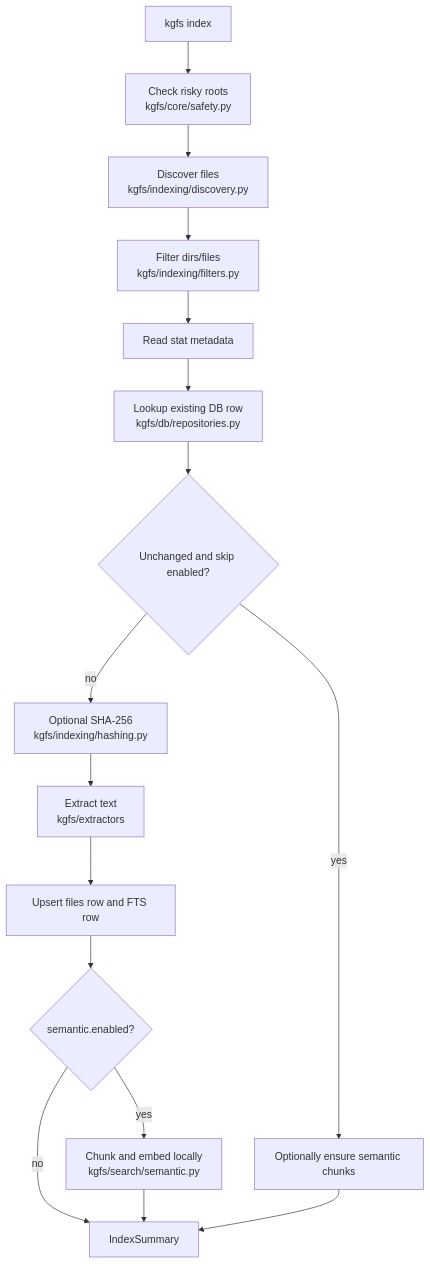
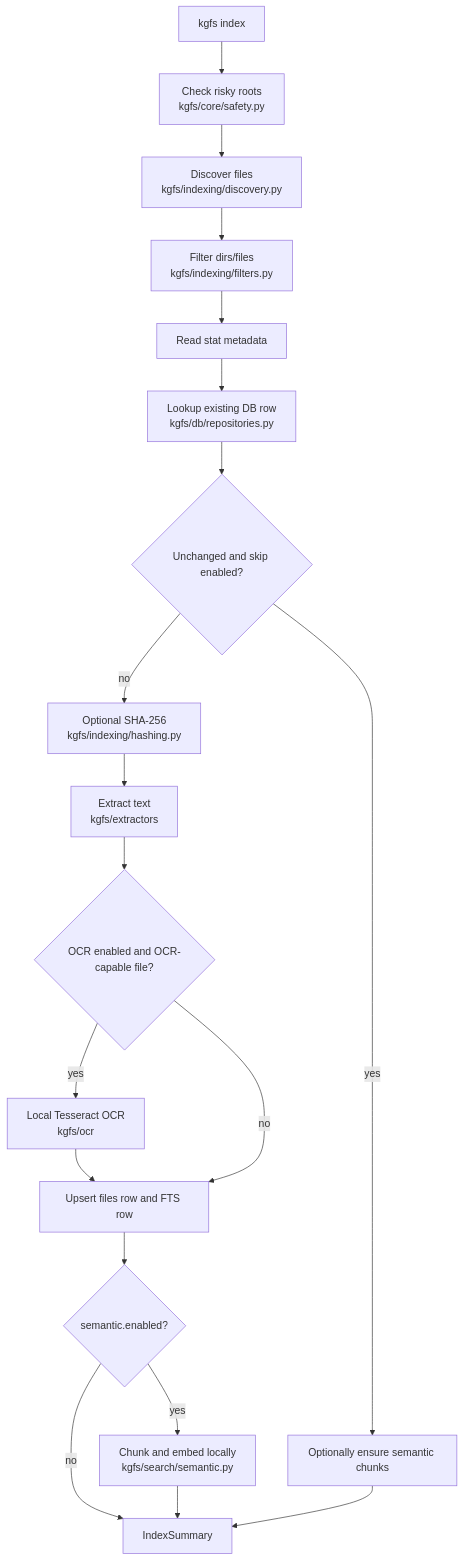
Before and after one commit to Kgray44/KG-File-Search: the second of 6 diagrams in docs/architecture.md, drawn with Mermaid. The commit also changed other lines of this file and 53 other files, not shown here.

Commit message:
feat: add local OCR extraction layer

````diff
--- a/docs/architecture.md
+++ b/docs/architecture.md
@@ -42,18 +43,21 @@
 ```mermaid
 flowchart TD
     Start["kgfs index"] --> Risk["Check risky roots\nkgfs/core/safety.py"]
     Risk --> Discover["Discover files\nkgfs/indexing/discovery.py"]
     Discover --> Filter["Filter dirs/files\nkgfs/indexing/filters.py"]
     Filter --> Metadata["Read stat metadata"]
     Metadata --> Existing["Lookup existing DB row\nkgfs/db/repositories.py"]
     Existing --> Skip{"Unchanged and skip enabled?"}
     Skip -->|"yes"| EnsureChunks["Optionally ensure semantic chunks"]
     Skip -->|"no"| Hash["Optional SHA-256\nkgfs/indexing/hashing.py"]
     Hash --> Extract["Extract text\nkgfs/extractors"]
-    Extract --> Upsert["Upsert files row and FTS row"]
+    Extract --> OCR{"OCR enabled and OCR-capable file?"}
+    OCR -->|"yes"| Tesseract["Local Tesseract OCR\nkgfs/ocr"]
+    Tesseract --> Upsert["Upsert files row and FTS row"]
+    OCR -->|"no"| Upsert
     Upsert --> Chunks{"semantic.enabled?"}
     Chunks -->|"yes"| Embed["Chunk and embed locally\nkgfs/search/semantic.py"]
     Chunks -->|"no"| Summary["IndexSummary"]
     Embed --> Summary
     EnsureChunks --> Summary
 ```
````
